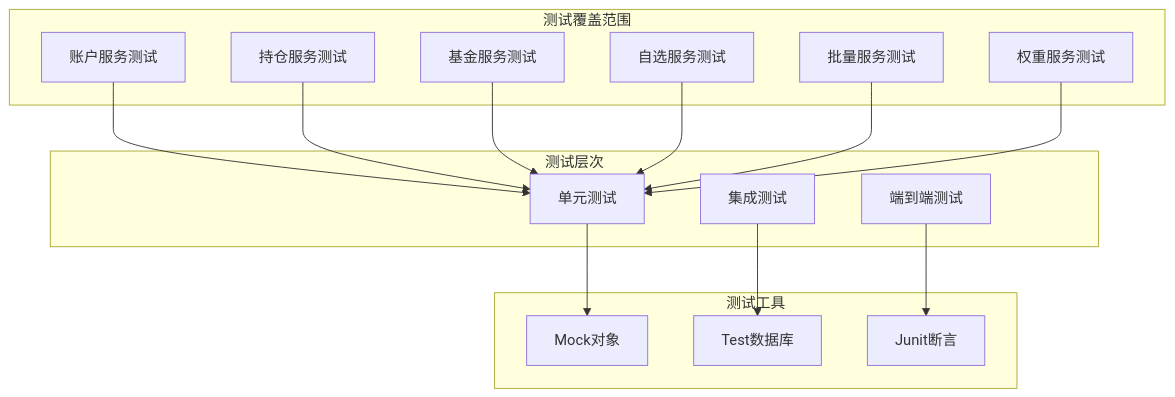
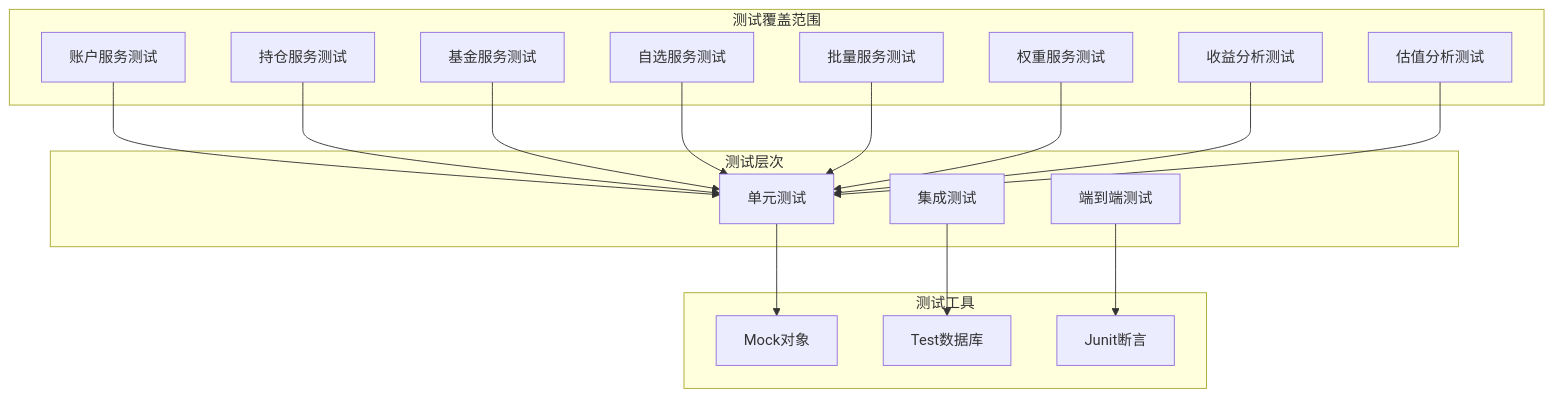
One commit to gree-coder/fund-butler changed diagram 17 of 21 in .qoder/repowiki/zh/content/核心功能开发/核心功能开发.md. Above: the diagram before and after it, drawn with Mermaid. The commit also changed other lines of this file and 9 other files, not shown here.

````diff
--- a/.qoder/repowiki/zh/content/核心功能开发/核心功能开发.md
+++ b/.qoder/repowiki/zh/content/核心功能开发/核心功能开发.md
@@ -803,30 +869,34 @@
 ```mermaid
 graph TB
 subgraph "测试层次"
 UNIT[单元测试]
 INTEGRATION[集成测试]
 END_TO_END[端到端测试]
 end
 subgraph "测试覆盖范围"
 ACCOUNT_TEST[账户服务测试]
 POSITION_TEST[持仓服务测试]
 FUND_TEST[基金服务测试]
 WATCHLIST_TEST[自选服务测试]
 BATCH_TEST[批量服务测试]
 WEIGHT_TEST[权重服务测试]
+ANALYSIS_TEST[收益分析测试]
+ESTIMATE_TEST[估值分析测试]
 end
 subgraph "测试工具"
 MOCK[Mock对象]
 TEST_DB[Test数据库]
 ASSERT[Junit断言]
 end
 ACCOUNT_TEST --> UNIT
 POSITION_TEST --> UNIT
 FUND_TEST --> UNIT
 WATCHLIST_TEST --> UNIT
 BATCH_TEST --> UNIT
 WEIGHT_TEST --> UNIT
+ANALYSIS_TEST --> UNIT
+ESTIMATE_TEST --> UNIT
 UNIT --> MOCK
 INTEGRATION --> TEST_DB
 END_TO_END --> ASSERT
 ```
````
